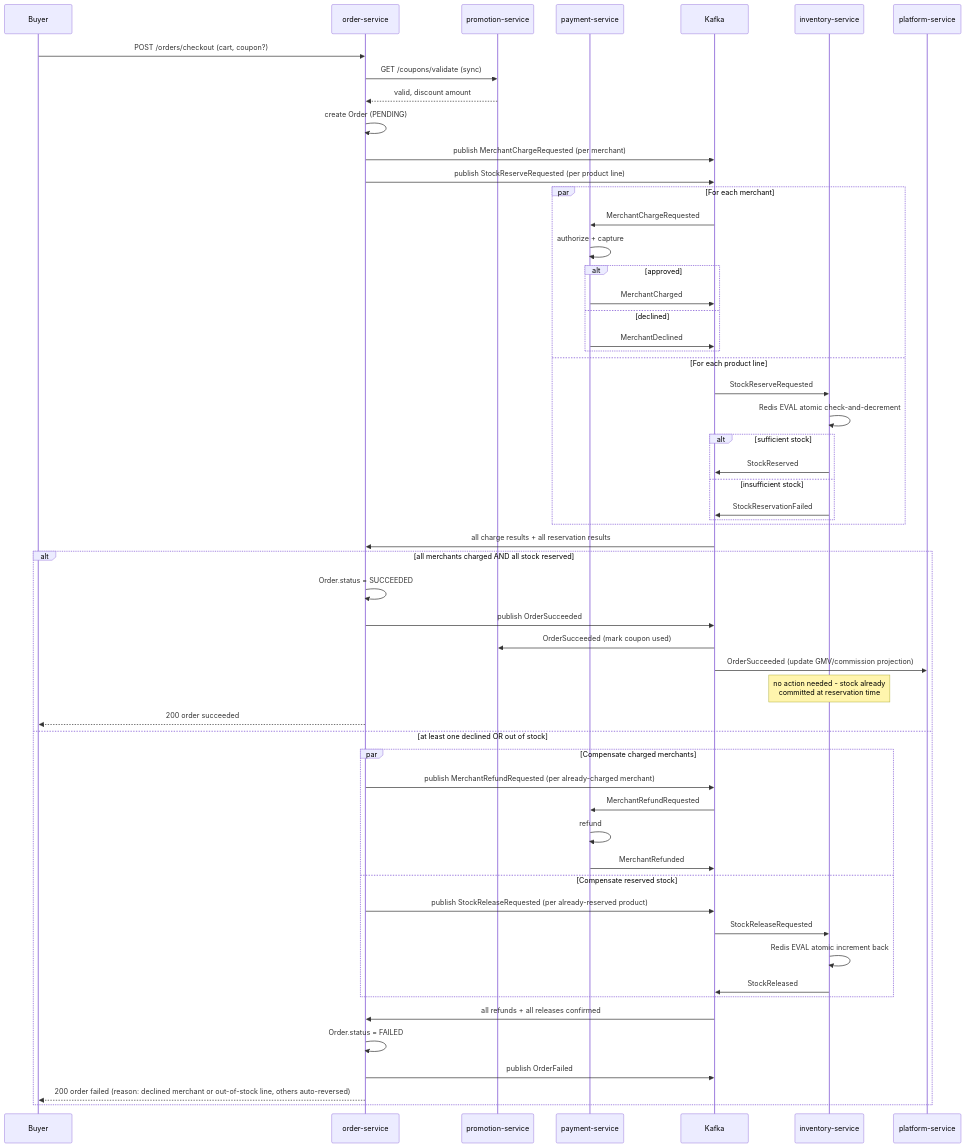
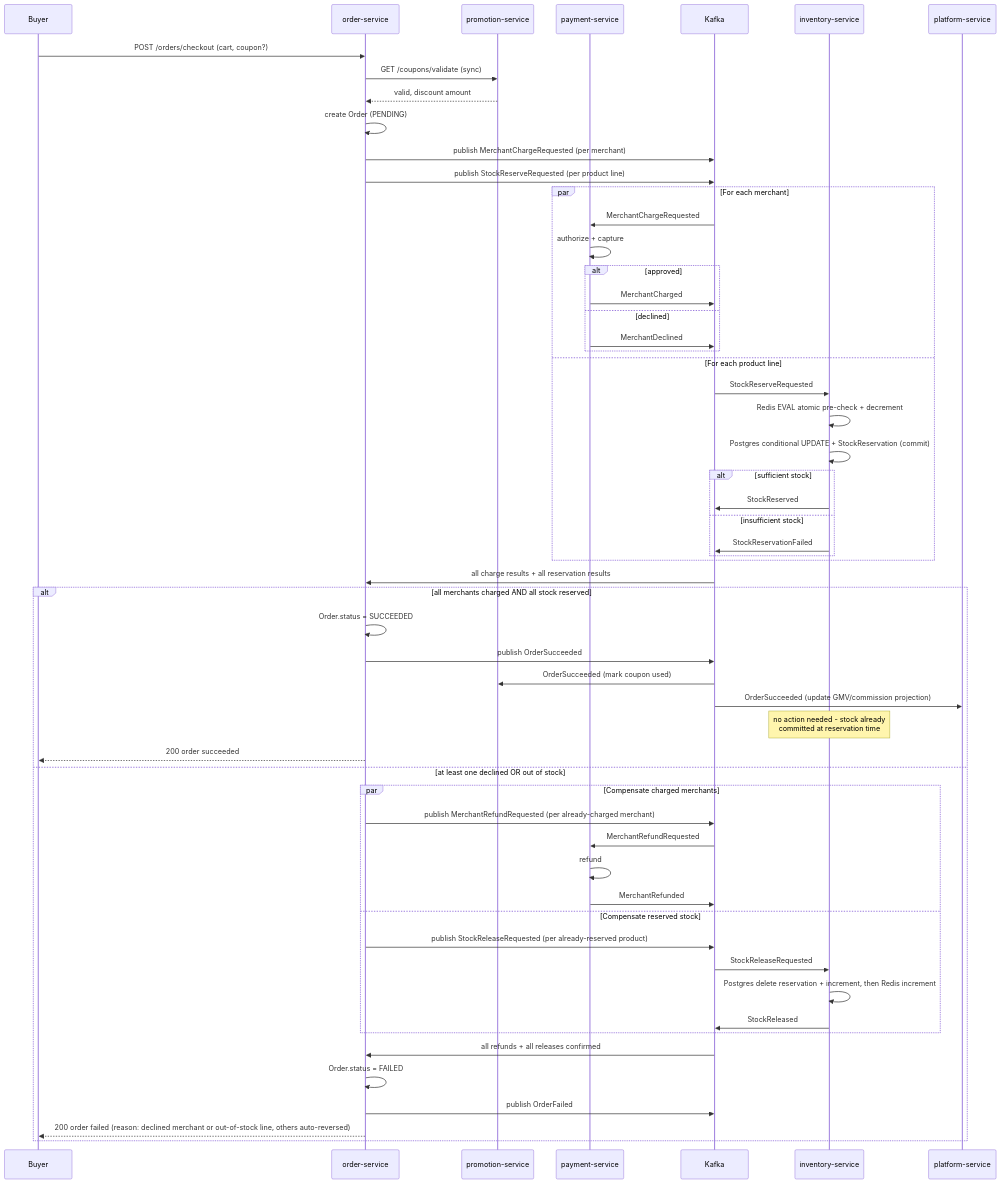
One commit to kevinchikwan/KevinBasketry changed the diagram in docs/checkout-saga.mermaid. Above: the diagram before and after it, drawn with Mermaid.

Commit message:
docs: sync checkout-saga diagram with Postgres-first stock reservation fix

```diff
--- a/docs/checkout-saga.mermaid
+++ b/docs/checkout-saga.mermaid
@@ -1,61 +1,62 @@
 sequenceDiagram
     participant Buyer
     participant OrderSvc as order-service
     participant PromoSvc as promotion-service
     participant PaymentSvc as payment-service
     participant Kafka
     participant InvSvc as inventory-service
     participant PlatformSvc as platform-service
 
     Buyer->>OrderSvc: POST /orders/checkout (cart, coupon?)
     OrderSvc->>PromoSvc: GET /coupons/validate (sync)
     PromoSvc-->>OrderSvc: valid, discount amount
 
     OrderSvc->>OrderSvc: create Order (PENDING)
     OrderSvc->>Kafka: publish MerchantChargeRequested (per merchant)
     OrderSvc->>Kafka: publish StockReserveRequested (per product line)
 
     par For each merchant
         Kafka->>PaymentSvc: MerchantChargeRequested
         PaymentSvc->>PaymentSvc: authorize + capture
         alt approved
             PaymentSvc->>Kafka: MerchantCharged
         else declined
             PaymentSvc->>Kafka: MerchantDeclined
         end
     and For each product line
         Kafka->>InvSvc: StockReserveRequested
-        InvSvc->>InvSvc: Redis EVAL atomic check-and-decrement
+        InvSvc->>InvSvc: Redis EVAL atomic pre-check + decrement
+        InvSvc->>InvSvc: Postgres conditional UPDATE + StockReservation (commit)
         alt sufficient stock
             InvSvc->>Kafka: StockReserved
         else insufficient stock
             InvSvc->>Kafka: StockReservationFailed
         end
     end
 
     Kafka->>OrderSvc: all charge results + all reservation results
 
     alt all merchants charged AND all stock reserved
         OrderSvc->>OrderSvc: Order.status = SUCCEEDED
         OrderSvc->>Kafka: publish OrderSucceeded
         Kafka->>PromoSvc: OrderSucceeded (mark coupon used)
         Kafka->>PlatformSvc: OrderSucceeded (update GMV/commission projection)
         Note over InvSvc: no action needed - stock already<br/>committed at reservation time
         OrderSvc-->>Buyer: 200 order succeeded
     else at least one declined OR out of stock
         par Compensate charged merchants
             OrderSvc->>Kafka: publish MerchantRefundRequested (per already-charged merchant)
             Kafka->>PaymentSvc: MerchantRefundRequested
             PaymentSvc->>PaymentSvc: refund
             PaymentSvc->>Kafka: MerchantRefunded
         and Compensate reserved stock
             OrderSvc->>Kafka: publish StockReleaseRequested (per already-reserved product)
             Kafka->>InvSvc: StockReleaseRequested
-            InvSvc->>InvSvc: Redis EVAL atomic increment back
+            InvSvc->>InvSvc: Postgres delete reservation + increment, then Redis increment
             InvSvc->>Kafka: StockReleased
         end
         Kafka->>OrderSvc: all refunds + all releases confirmed
         OrderSvc->>OrderSvc: Order.status = FAILED
         OrderSvc->>Kafka: publish OrderFailed
         OrderSvc-->>Buyer: 200 order failed (reason: declined merchant or out-of-stock line, others auto-reversed)
     end
```
